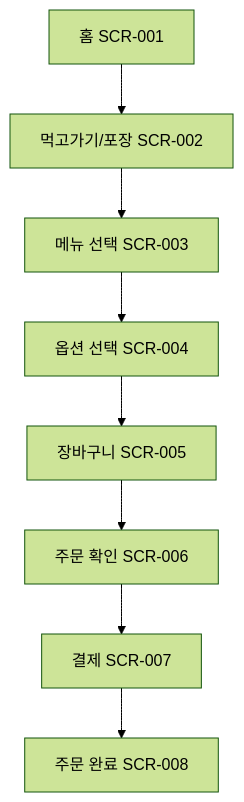
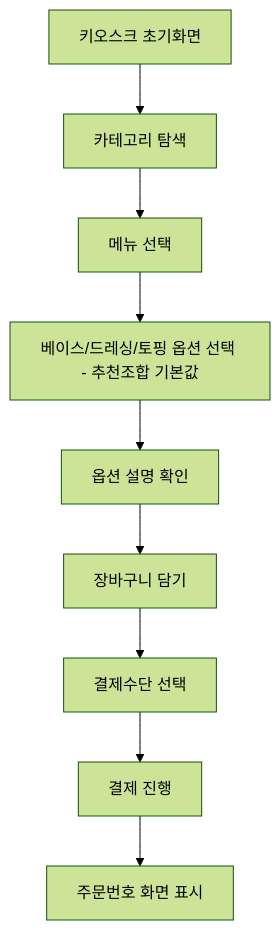
Before and after one commit to hagenie128/ASAK: the second of 25 diagrams in docs/wiki/user-scenarios.md, drawn with Mermaid (forest theme). The commit also changed other lines of this file and 241 other files, not shown here.

````diff
--- a/docs/wiki/user-scenarios.md
+++ b/docs/wiki/user-scenarios.md
@@ -29,10 +27,11 @@
 ```mermaid
 flowchart TD
-    A[홈 SCR-001] --> B[먹고가기/포장 SCR-002]
-    B --> C[메뉴 선택 SCR-003]
-    C --> D[옵션 선택 SCR-004]
-    D --> E[장바구니 SCR-005]
-    E --> F[주문 확인 SCR-006]
-    F --> G[결제 SCR-007]
-    G --> H[주문 완료 SCR-008]
+    A[키오스크 초기화면] --> B[카테고리 탐색]
+    B --> C[메뉴 선택]
+    C --> D[베이스/드레싱/토핑 옵션 선택 - 추천조합 기본값]
+    D --> E[옵션 설명 확인]
+    E --> F[장바구니 담기]
+    F --> G[결제수단 선택]
+    G --> H[결제 진행]
+    H --> I[주문번호 화면 표시]
 ```
````
